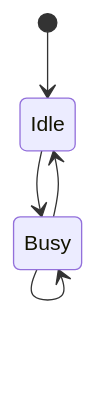
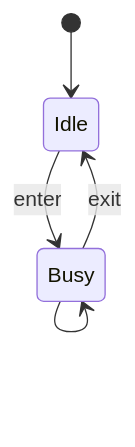
The third of 3 diagrams in README.md (anachrocomputer/HelloWorld), drawn with Mermaid before and after one commit.

Commit message:
Can we label transitions?

````diff
--- a/README.md
+++ b/README.md
@@ -32,8 +32,8 @@
  ```mermaid
 stateDiagram-v2
     [*] --> Idle
 
-    Idle --> Busy
+    Idle --> Busy: enter
     Busy --> Busy
-    Busy --> Idle
+    Busy --> Idle: exit
  ```
````
